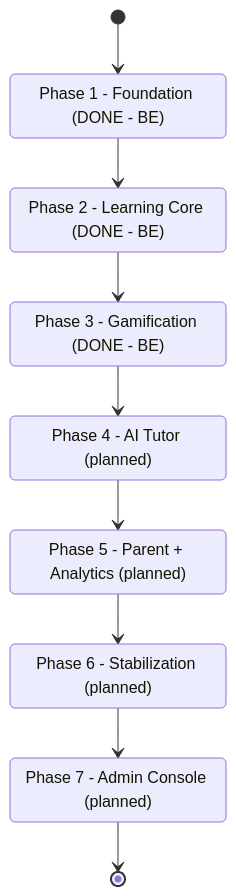
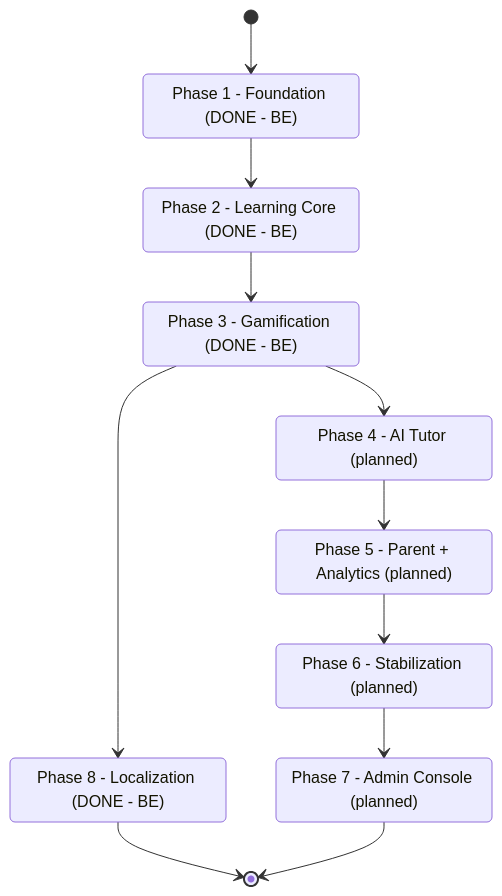
Before and after one commit to ahmedelbaradey/Learnexia: the fifth of 5 diagrams in docs/architecture/business-architecture.md, drawn with Mermaid. The commit also changed other lines of this file and 11 other files, not shown here.

First line of the commit message:
docs(architecture): sync the architecture doc set with merged Phase 8 + hardening

````diff
--- a/docs/architecture/business-architecture.md
+++ b/docs/architecture/business-architecture.md
@@ -175,18 +176,21 @@
 ```mermaid
 stateDiagram-v2
     [*] --> Phase1
     Phase1: Phase 1 - Foundation (DONE - BE)
     Phase2: Phase 2 - Learning Core (DONE - BE)
     Phase3: Phase 3 - Gamification (DONE - BE)
     Phase4: Phase 4 - AI Tutor (planned)
     Phase5: Phase 5 - Parent + Analytics (planned)
     Phase6: Phase 6 - Stabilization (planned)
     Phase7: Phase 7 - Admin Console (planned)
+    Phase8: Phase 8 - Localization (DONE - BE)
     Phase1 --> Phase2
     Phase2 --> Phase3
     Phase3 --> Phase4
     Phase4 --> Phase5
     Phase5 --> Phase6
     Phase6 --> Phase7
+    Phase3 --> Phase8
+    Phase8 --> [*]
     Phase7 --> [*]
 ```
````
